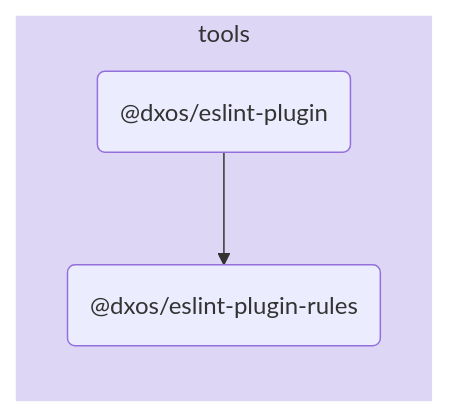
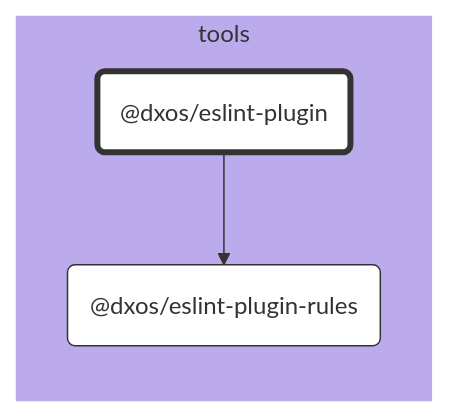
One commit to dxos/dxos changed the diagram in tools/eslint-plugin/docs/README.md. Above: the diagram before and after it, drawn with Mermaid. The commit also changed other lines of this file and 89 other files, not shown here.

````diff
--- a/tools/eslint-plugin/docs/README.md
+++ b/tools/eslint-plugin/docs/README.md
@@ -5,11 +7,29 @@
 ```mermaid
-flowchart LR;
+%%{ init: {'flowchart':{'curve':'basis'}} }%%
 
+flowchart LR
+
+%% Links
+dxos/eslint-plugin --> dxos/eslint-plugin-rules;
+
+%% Sections
 subgraph tools
-  style tools fill:#ded6f5,stroke:#fff;
-  dxos/eslint-plugin("@dxos/eslint-plugin");
-  dxos/eslint-plugin-rules("@dxos/eslint-plugin-rules");
+  style tools fill:#bbabed,stroke:#fff;
+
+  dxos/eslint-plugin("@dxos/eslint-plugin")
+  dxos/eslint-plugin-rules("@dxos/eslint-plugin-rules")
 end
 
-dxos/eslint-plugin --> dxos/eslint-plugin-rules;
+
+%% Hyperlinks
+click dxos/eslint-plugin-rules "dxos/dxos/tree/main/tools/eslint-rules/docs";
+
+%% Styles
+classDef rootNode fill:#fff,stroke:#333,stroke-width:4px
+classDef defaultNode fill:#fff,stroke:#333,stroke-width:1px
+linkStyle default stroke:#333,stroke-width:1px
+
+dxos/eslint-plugin:::rootNode
+
+dxos/eslint-plugin-rules:::defaultNode
 ```
````
